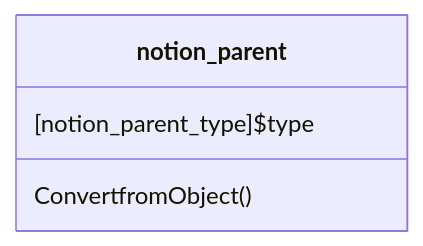
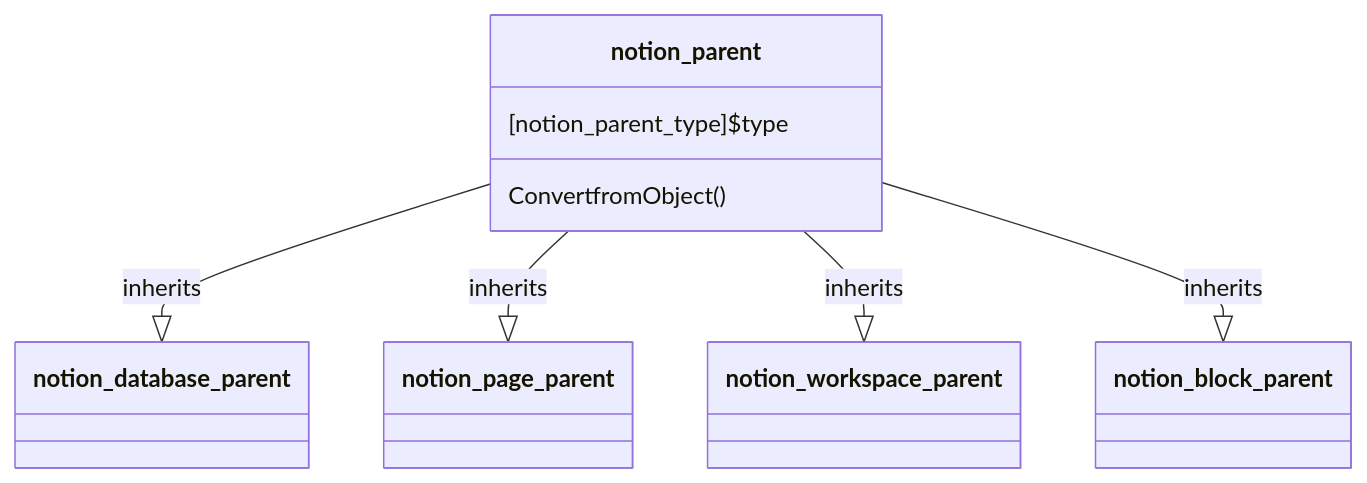
One commit to fasteiner/Notion changed the diagram in source/WikiSource/Classes/Parent/00_parent.md. Above: the diagram before and after it, drawn with Mermaid. The commit also changed other lines of this file and 80 other files, not shown here.

````diff
--- a/source/WikiSource/Classes/Parent/00_parent.md
+++ b/source/WikiSource/Classes/Parent/00_parent.md
@@ -5,7 +5,11 @@
 ```mermaid
 classDiagram
     class notion_parent {
         [notion_parent_type]$type
         ConvertfromObject()
     }
+    `notion_parent` --|> `notion_database_parent`:inherits
+    `notion_parent` --|> `notion_page_parent`:inherits
+    `notion_parent` --|> `notion_workspace_parent`:inherits
+    `notion_parent` --|> `notion_block_parent`:inherits
 ```
````
